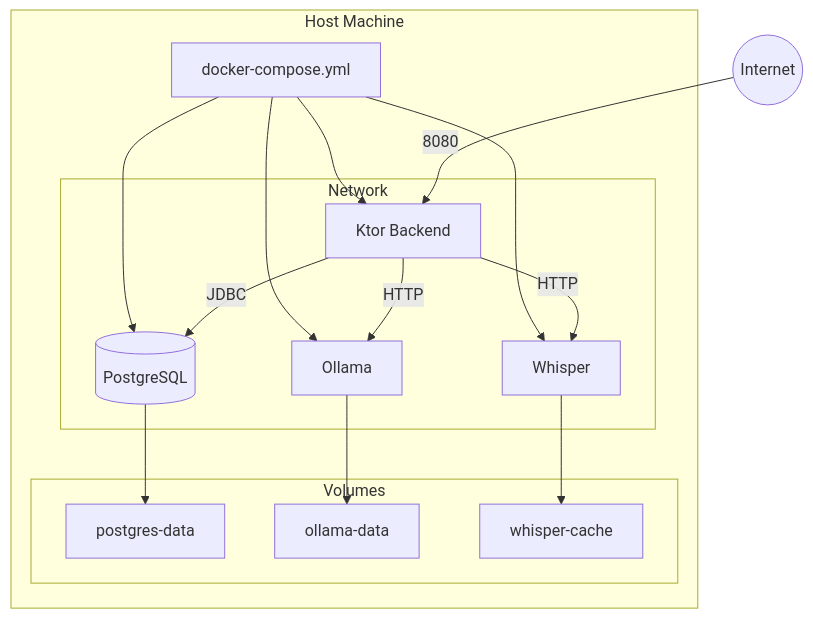
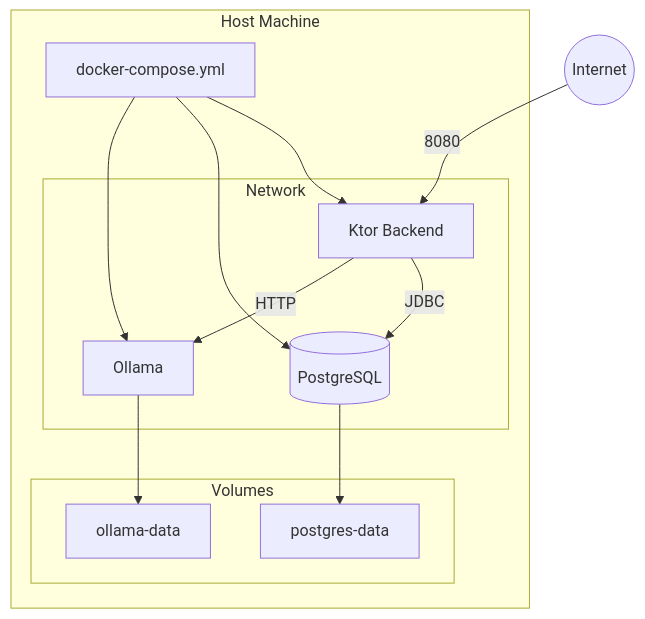
The ninth of 9 diagrams in docs/architecture.md (LStudioO/skilky-money-tracker), drawn with Mermaid before and after one commit. The commit also changed other lines of this file and 1 other file, not shown here.

First line of the commit message:
Correct architecture and data-model docs to match the code.

````diff
--- a/docs/architecture.md
+++ b/docs/architecture.md
@@ -418,34 +414,29 @@
 ```mermaid
 graph TB
     subgraph "Host Machine"
         DC[docker-compose.yml]
 
         subgraph Network
             BE[Ktor Backend]
             PG[(PostgreSQL)]
             OL[Ollama]
-            WH[Whisper]
         end
 
         subgraph Volumes
             V1[postgres-data]
             V2[ollama-data]
-            V3[whisper-cache]
         end
     end
 
     DC --> BE
     DC --> PG
     DC --> OL
-    DC --> WH
 
     PG --> V1
     OL --> V2
-    WH --> V3
 
     BE -- JDBC --> PG
     BE -- HTTP --> OL
-    BE -- HTTP --> WH
 
     INTERNET((Internet)) -- 8080 --> BE
 ```
````
